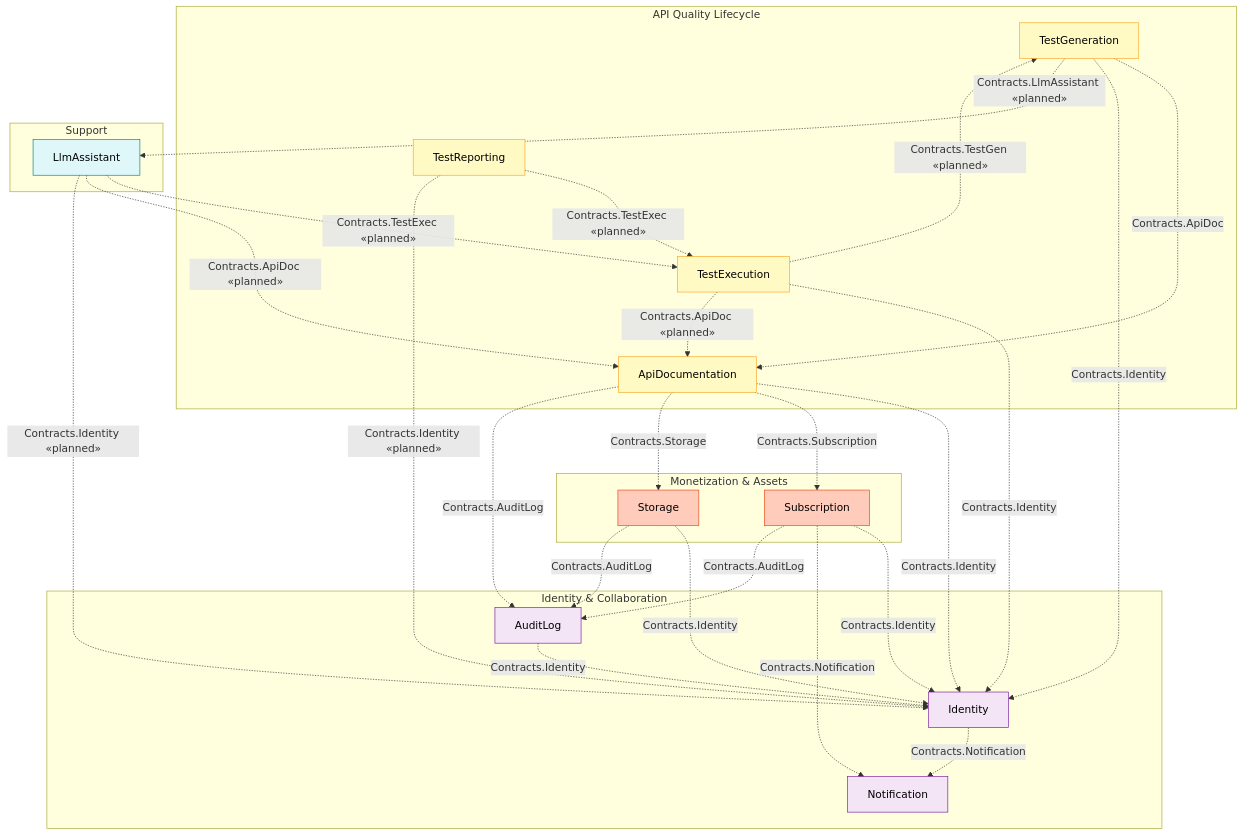
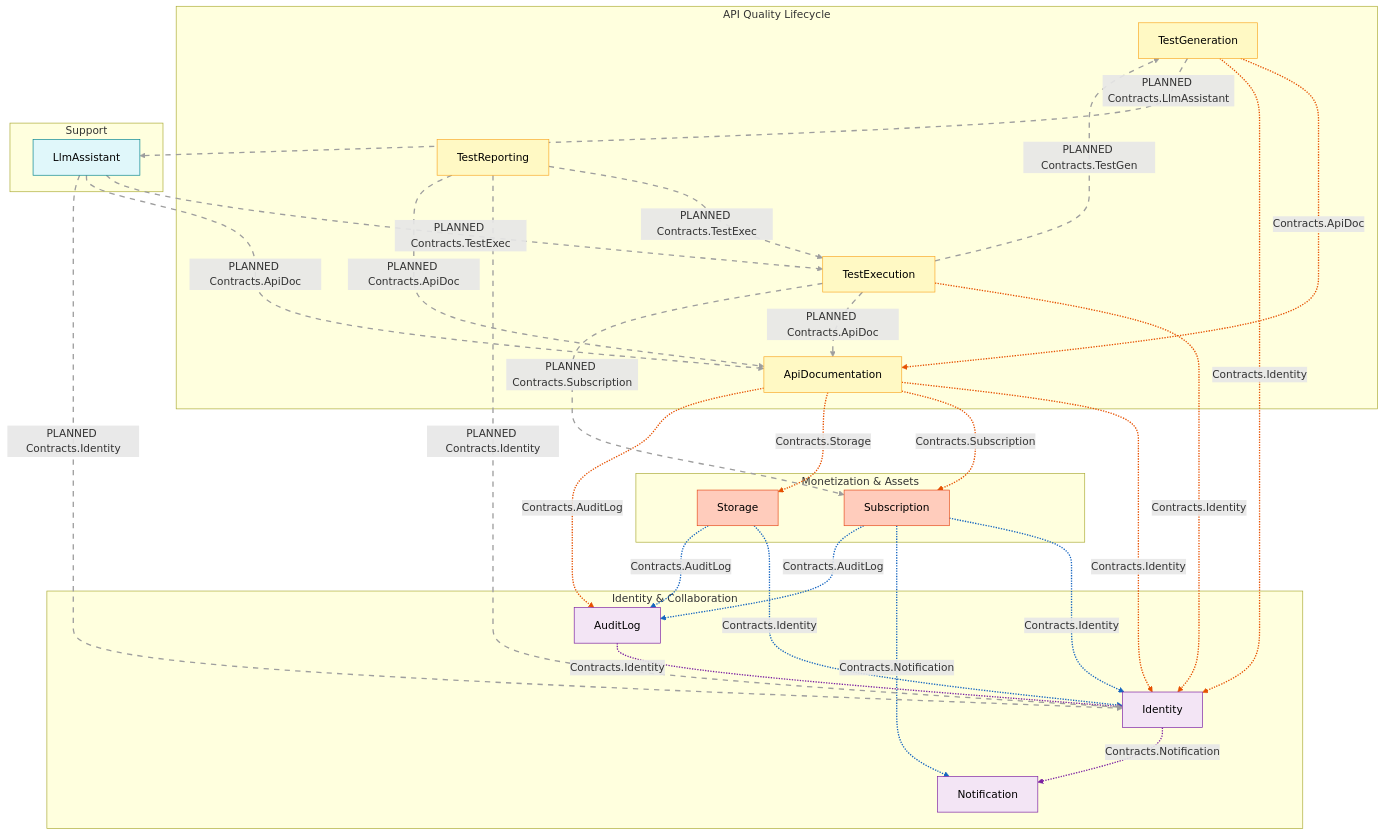
Before and after one commit to tinse-22/GSP26SE43.ModularMonolith: the fifth of 5 diagrams in docs/architecture/UML_PACKAGE_DIAGRAM_SOURCE.md, drawn with Mermaid. The commit also changed other lines of this file and 1 other file, not shown here.

First line of the commit message:
Feature/fe 05 test generation algorithms (#60)

````diff
--- a/docs/architecture/UML_PACKAGE_DIAGRAM_SOURCE.md
+++ b/docs/architecture/UML_PACKAGE_DIAGRAM_SOURCE.md
@@ -804,67 +500,82 @@
 ```mermaid
-graph TB
+flowchart TB
     subgraph BC_API["API Quality Lifecycle"]
         ApiDoc["ApiDocumentation"]
         TestGen["TestGeneration"]
         TestExec["TestExecution"]
         TestRep["TestReporting"]
     end
 
     subgraph BC_ID["Identity & Collaboration"]
         Identity
         AuditLog
         Notification
     end
 
     subgraph BC_MON["Monetization & Assets"]
         Subscription
         Storage
     end
 
     subgraph BC_SUP["Support"]
         LlmAssistant
     end
 
-    %% API Quality → other contexts
+    %% ===== IMPLEMENTED cross-context via Contracts =====
+
+    %% API Quality to other contexts
     ApiDoc -.->|Contracts.Identity| Identity
     ApiDoc -.->|Contracts.Subscription| Subscription
     ApiDoc -.->|Contracts.Storage| Storage
     ApiDoc -.->|Contracts.AuditLog| AuditLog
 
     TestGen -.->|Contracts.ApiDoc| ApiDoc
     TestGen -.->|Contracts.Identity| Identity
 
     TestExec -.->|Contracts.Identity| Identity
 
-    %% Monetization → other contexts
+    %% Monetization to other contexts
     Subscription -.->|Contracts.Identity| Identity
     Subscription -.->|Contracts.Notification| Notification
     Subscription -.->|Contracts.AuditLog| AuditLog
 
     Storage -.->|Contracts.Identity| Identity
     Storage -.->|Contracts.AuditLog| AuditLog
 
     %% Identity & Collaboration internal
     Identity -.->|Contracts.Notification| Notification
     AuditLog -.->|Contracts.Identity| Identity
 
-    %% Planned Cross-Context Couplings
-    TestExec -.->|Contracts.TestGen «planned»| TestGen
-    TestExec -.->|Contracts.ApiDoc «planned»| ApiDoc
-    TestRep -.->|Contracts.TestExec «planned»| TestExec
-    TestRep -.->|Contracts.Identity «planned»| Identity
-    LlmAssistant -.->|Contracts.TestExec «planned»| TestExec
-    LlmAssistant -.->|Contracts.ApiDoc «planned»| ApiDoc
-    LlmAssistant -.->|Contracts.Identity «planned»| Identity
-    TestGen -.->|Contracts.LlmAssistant «planned»| LlmAssistant
+    %% ===== PLANNED cross-context via Contracts =====
+
+    TestExec -.->|PLANNED Contracts.TestGen| TestGen
+    TestExec -.->|PLANNED Contracts.ApiDoc| ApiDoc
+    TestRep -.->|PLANNED Contracts.TestExec| TestExec
+    TestRep -.->|PLANNED Contracts.Identity| Identity
+    LlmAssistant -.->|PLANNED Contracts.TestExec| TestExec
+    LlmAssistant -.->|PLANNED Contracts.ApiDoc| ApiDoc
+    LlmAssistant -.->|PLANNED Contracts.Identity| Identity
+    TestGen -.->|PLANNED Contracts.LlmAssistant| LlmAssistant
+    TestExec -.->|PLANNED Contracts.Subscription| Subscription
+    TestRep -.->|PLANNED Contracts.ApiDoc| ApiDoc
+
+    %% Edge coloring: implemented = context color, planned = grey
+    %% API Quality edges (0-6): orange
+    linkStyle 0,1,2,3,4,5,6 stroke:#E65100,stroke-width:2px
+    %% Monetization edges (7-11): blue
+    linkStyle 7,8,9,10,11 stroke:#1565C0,stroke-width:2px
+    %% Identity/Collab internal edges (12-13): purple
+    linkStyle 12,13 stroke:#7B1FA2,stroke-width:2px
+    %% Planned edges (14-23): grey dashed
+    linkStyle 14,15,16,17,18,19,20,21,22,23 stroke:#9E9E9E,stroke-width:2px,stroke-dasharray:8
 
     classDef api fill:#FFF9C4,stroke:#F9A825,color:#000
     classDef id fill:#F3E5F5,stroke:#7B1FA2,color:#000
     classDef mon fill:#FFCCBC,stroke:#E64A19,color:#000
     classDef sup fill:#E0F7FA,stroke:#00838F,color:#000
 
     class ApiDoc,TestGen,TestExec,TestRep api
     class Identity,AuditLog,Notification id
     class Subscription,Storage mon
     class LlmAssistant sup
 ```
````
